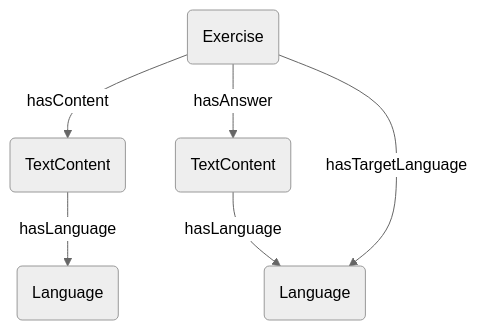
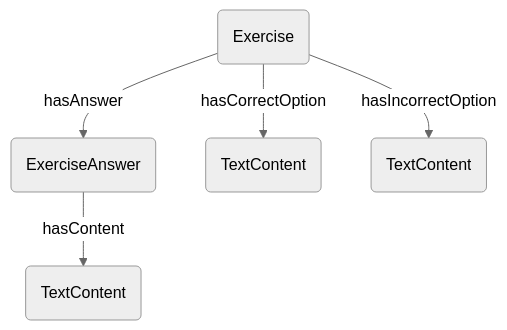
One commit to Explik/diybirdyapp changed diagram 17 of 17 in docs/graph-representation.md. Above: the diagram before and after it, drawn with Mermaid (neutral theme). The commit also changed other lines of this file, not shown here.

Commit message:
Updating graph representation documentation before a larger refactor

````diff
--- a/docs/graph-representation.md
+++ b/docs/graph-representation.md
@@ -241,14 +271,13 @@
 ```mermaid
 graph TB
 Exercise(Exercise)
+ExerciseAnswer(ExerciseAnswer)
 TextContent1(TextContent)
 TextContent2(TextContent)
-Language1(Language)
-Language2(Language)
+TextContent3(TextContent)
 
-Exercise--hasContent-->TextContent1
-TextContent1--hasLanguage-->Language1
-Exercise--hasAnswer-->TextContent2
-TextContent2--hasLanguage-->Language2
-Exercise--hasTargetLanguage-->Language2
+Exercise--hasCorrectOption-->TextContent1
+Exercise--hasIncorrectOption-->TextContent2
+Exercise--hasAnswer-->ExerciseAnswer
+ExerciseAnswer--hasContent-->TextContent3
 ```
````
